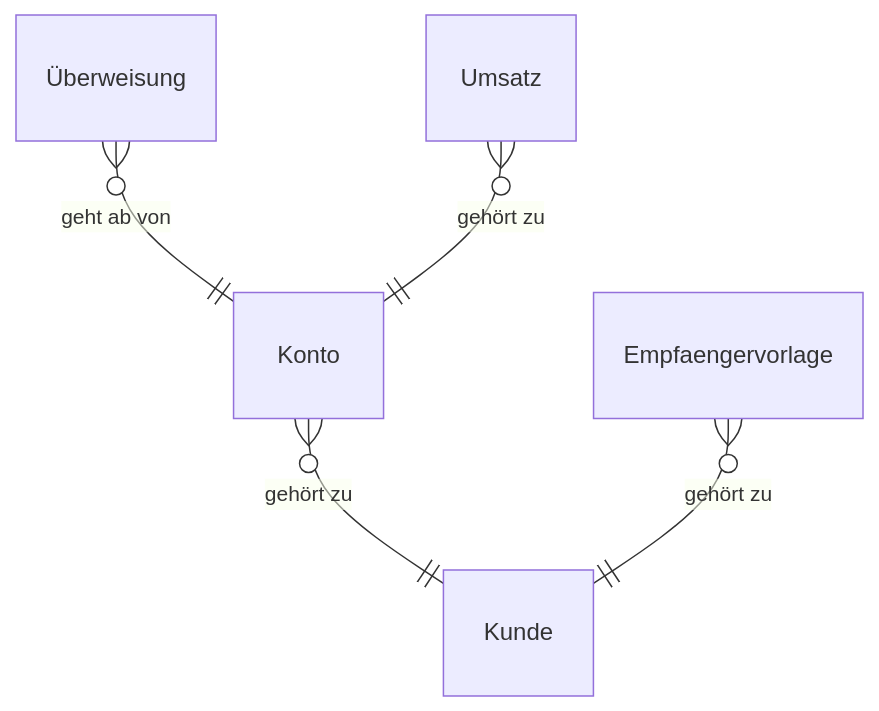
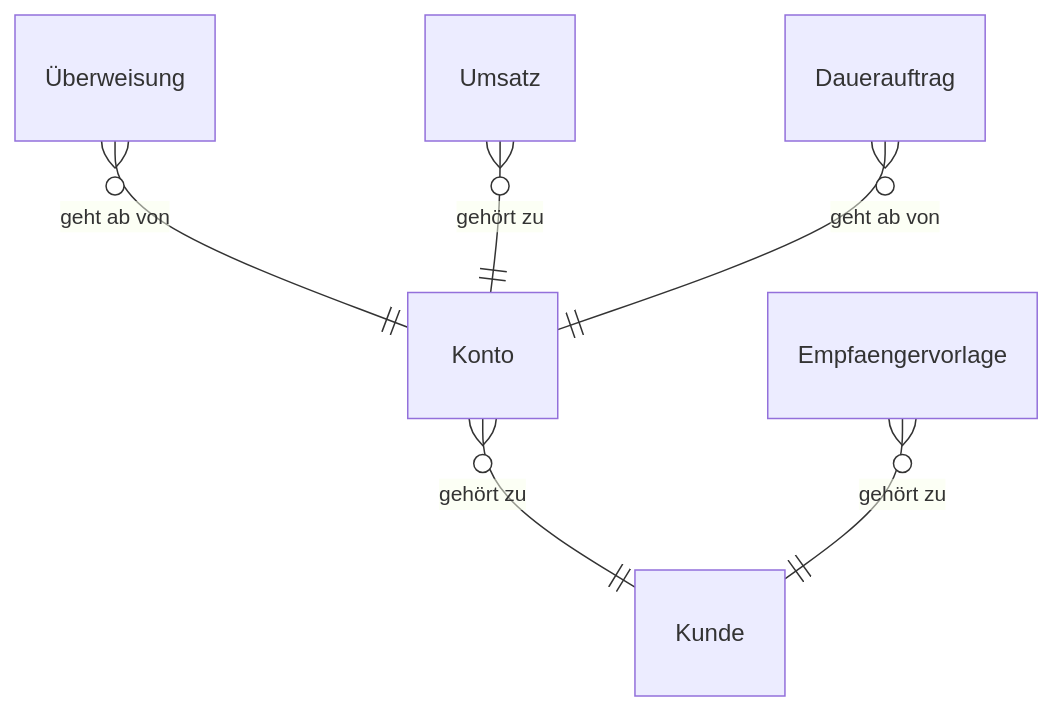
The diagram in docs/entity_model.md (dakn85/online-banking), drawn with Mermaid before and after one commit. The commit also changed other lines of this file and 6 other files, not shown here.

````diff
--- a/docs/entity_model.md
+++ b/docs/entity_model.md
@@ -5,7 +5,8 @@
 ```mermaid
 erDiagram
     Konto }o--|| Kunde : "gehört zu"
     "Überweisung" }o--|| Konto : "geht ab von"
     Umsatz }o--|| Konto : "gehört zu"
     Empfaengervorlage }o--|| Kunde : "gehört zu"
+    Dauerauftrag }o--|| Konto : "geht ab von"
 ```
````
